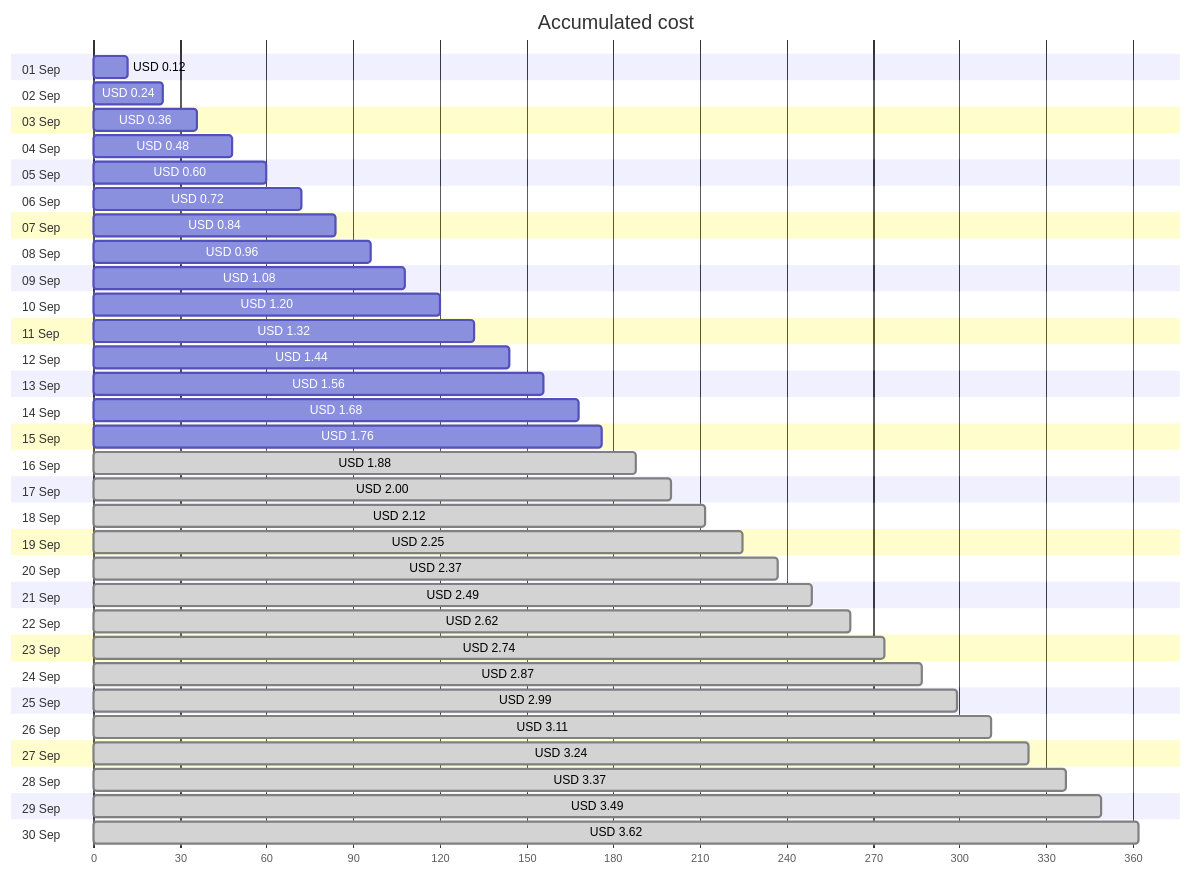
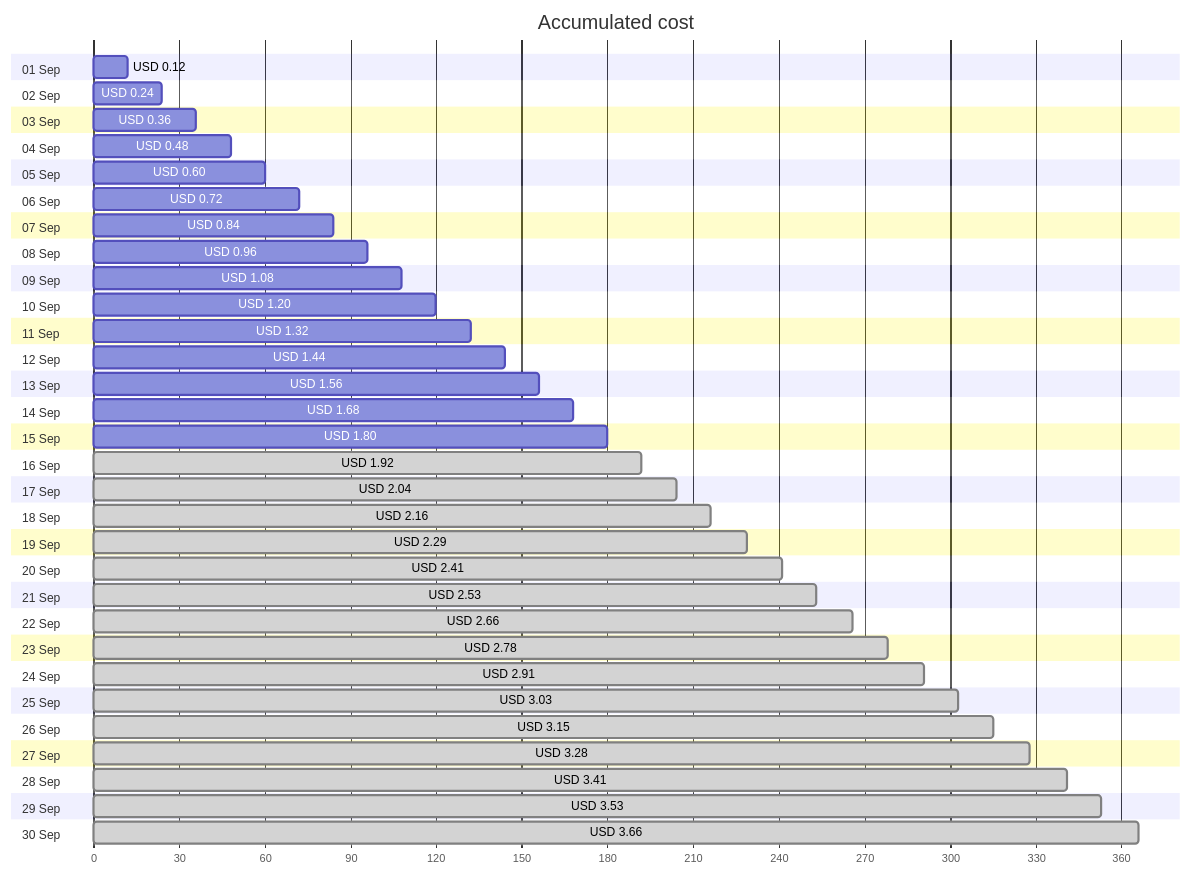
The first of 4 diagrams in cost-reports/personal-network/linux-dev-public-ip.md (jpfulton/azure-personal-reports), drawn with Mermaid before and after one commit. The commit also changed other lines of this file and 17 other files, not shown here.

````diff
--- a/cost-reports/personal-network/linux-dev-public-ip.md
+++ b/cost-reports/personal-network/linux-dev-public-ip.md
@@ -20,66 +20,66 @@
 ```mermaid
 gantt
    title Accumulated cost
    dateFormat  X
    axisFormat %s
    section 01 Sep
    USD 0.12 :0, 12
    section 02 Sep
    USD 0.24 :0, 24
    section 03 Sep
    USD 0.36 :0, 36
    section 04 Sep
    USD 0.48 :0, 48
    section 05 Sep
    USD 0.60 :0, 60
    section 06 Sep
    USD 0.72 :0, 72
    section 07 Sep
    USD 0.84 :0, 84
    section 08 Sep
    USD 0.96 :0, 96
    section 09 Sep
    USD 1.08 :0, 108
    section 10 Sep
    USD 1.20 :0, 120
    section 11 Sep
    USD 1.32 :0, 132
    section 12 Sep
    USD 1.44 :0, 144
    section 13 Sep
    USD 1.56 :0, 156
    section 14 Sep
    USD 1.68 :0, 168
    section 15 Sep
-   USD 1.76 :0, 176
+   USD 1.80 :0, 180
    section 16 Sep
-   USD 1.88 : done, 0, 188
+   USD 1.92 : done, 0, 192
    section 17 Sep
-   USD 2.00 : done, 0, 200
+   USD 2.04 : done, 0, 204
    section 18 Sep
-   USD 2.12 : done, 0, 212
+   USD 2.16 : done, 0, 216
    section 19 Sep
-   USD 2.25 : done, 0, 225
+   USD 2.29 : done, 0, 229
    section 20 Sep
-   USD 2.37 : done, 0, 237
+   USD 2.41 : done, 0, 241
    section 21 Sep
-   USD 2.49 : done, 0, 249
+   USD 2.53 : done, 0, 253
    section 22 Sep
-   USD 2.62 : done, 0, 262
+   USD 2.66 : done, 0, 266
    section 23 Sep
-   USD 2.74 : done, 0, 274
+   USD 2.78 : done, 0, 278
    section 24 Sep
-   USD 2.87 : done, 0, 287
+   USD 2.91 : done, 0, 291
    section 25 Sep
-   USD 2.99 : done, 0, 299
+   USD 3.03 : done, 0, 303
    section 26 Sep
-   USD 3.11 : done, 0, 311
+   USD 3.15 : done, 0, 315
    section 27 Sep
-   USD 3.24 : done, 0, 324
+   USD 3.28 : done, 0, 328
    section 28 Sep
-   USD 3.37 : done, 0, 337
+   USD 3.41 : done, 0, 341
    section 29 Sep
-   USD 3.49 : done, 0, 349
+   USD 3.53 : done, 0, 353
    section 30 Sep
-   USD 3.62 : done, 0, 362
+   USD 3.66 : done, 0, 366
 ```
````
